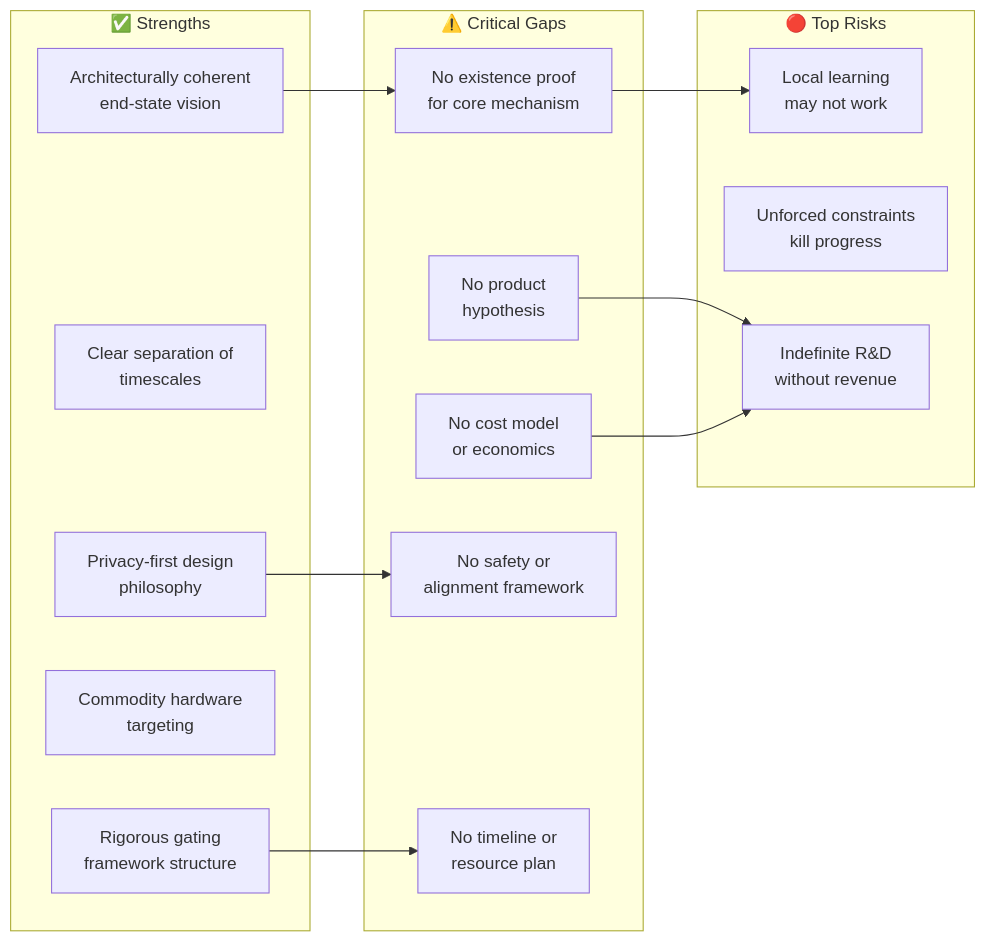
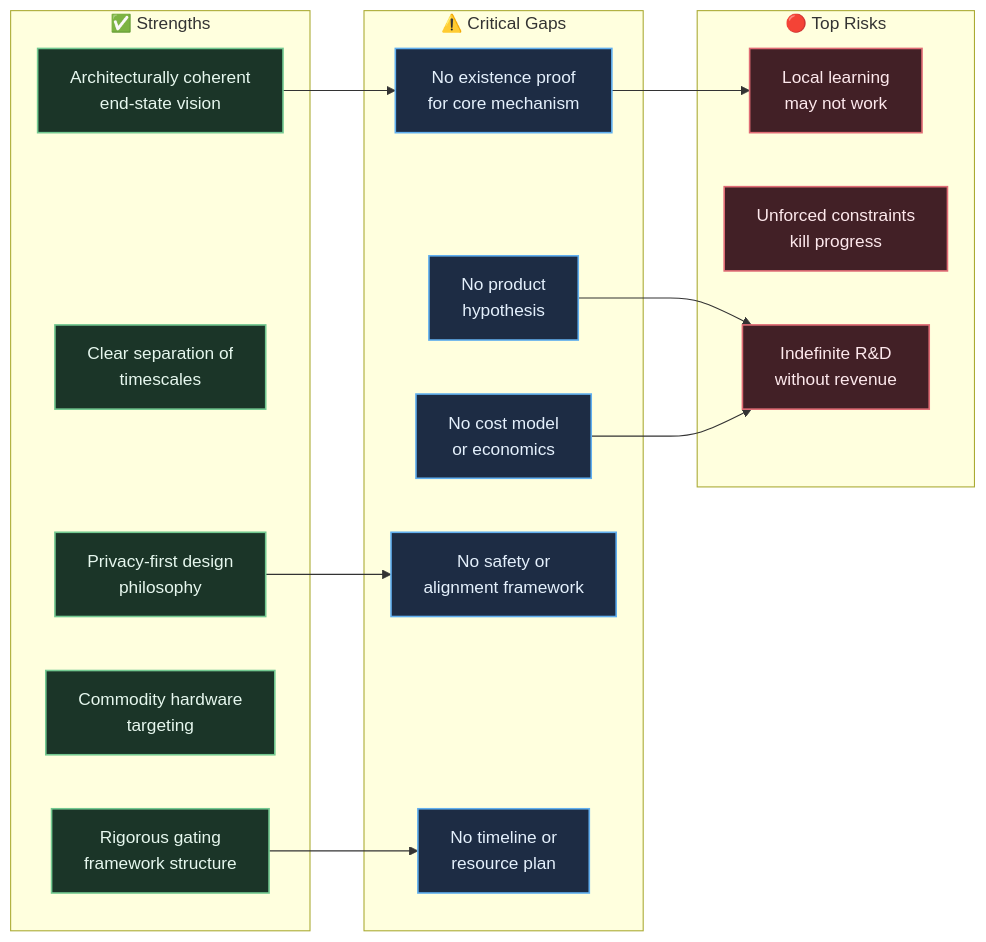
Before and after one commit to Shapedsundew9/studious-fishstick: the diagram in docs/visions/response-iv.md, drawn with Mermaid. The commit also changed other lines of this file and 27 other files, not shown here.

First line of the commit message:
Enhance vision documentation with Mermaid diagrams and improved formatting

````diff
--- a/docs/visions/response-iv.md
+++ b/docs/visions/response-iv.md
@@ -263,31 +269,64 @@
 ```mermaid
+%%{init: {
+  'theme': 'base',
+  'themeVariables': {
+    'darkMode': true,
+    'background': '#161922',
+    'mainBkg': '#1e2230',
+    'nodeBorder': '#434c5e',
+    'textColor': '#e2e8f0',
+    'fontFamily': 'ui-sans-serif, system-ui, -apple-system, BlinkMacSystemFont, "Segoe UI", Roboto, sans-serif',
+    'fontSize': '14px',
+    'lineColor': '#8892b0',
+    'primaryColor': '#422026',
+    'primaryTextColor': '#fde8ec',
+    'primaryBorderColor': '#e06c75',
+    'secondaryColor': '#1b3528',
+    'secondaryTextColor': '#e6f7ee',
+    'secondaryBorderColor': '#73c991',
+    'tertiaryColor': '#1d2c44',
+    'tertiaryTextColor': '#e4f0fc',
+    'tertiaryBorderColor': '#61afef',
+    'clusterBkg': '#13161f',
+    'clusterBorder': '#373e51',
+    'noteBkgColor': '#2e271a',
+    'noteTextColor': '#fdf4db',
+    'noteBorderColor': '#e5c07b',
+    'edgeLabelBackground': '#1a1d27'
+  }
+}}%%
 flowchart LR
+    classDef primary fill:#422026,stroke:#e06c75,stroke-width:1.5px,color:#fde8ec;
+    classDef secondary fill:#1b3528,stroke:#73c991,stroke-width:1.5px,color:#e6f7ee;
+    classDef tertiary fill:#1d2c44,stroke:#61afef,stroke-width:1.5px,color:#e4f0fc;
+    classDef note fill:#2e271a,stroke:#e5c07b,stroke-width:1.5px,color:#fdf4db;
+
     subgraph Strengths ["✅ Strengths"]
-        S1["Architecturally coherent\nend-state vision"]
-        S2["Clear separation of\ntimescales"]
-        S3["Privacy-first design\nphilosophy"]
-        S4["Commodity hardware\ntargeting"]
-        S5["Rigorous gating\nframework structure"]
+        S1["Architecturally coherent<br/>end-state vision"]:::secondary
+        S2["Clear separation of<br/>timescales"]:::secondary
+        S3["Privacy-first design<br/>philosophy"]:::secondary
+        S4["Commodity hardware<br/>targeting"]:::secondary
+        S5["Rigorous gating<br/>framework structure"]:::secondary
     end
 
     subgraph Gaps ["⚠️ Critical Gaps"]
-        G1["No existence proof\nfor core mechanism"]
-        G2["No product\nhypothesis"]
-        G3["No cost model\nor economics"]
-        G4["No safety or\nalignment framework"]
-        G5["No timeline or\nresource plan"]
+        G1["No existence proof<br/>for core mechanism"]:::tertiary
+        G2["No product<br/>hypothesis"]:::tertiary
+        G3["No cost model<br/>or economics"]:::tertiary
+        G4["No safety or<br/>alignment framework"]:::tertiary
+        G5["No timeline or<br/>resource plan"]:::tertiary
     end
 
     subgraph Risks ["🔴 Top Risks"]
-        R1["Local learning\nmay not work"]
-        R2["Unforced constraints\nkill progress"]
-        R3["Indefinite R&D\nwithout revenue"]
+        R1["Local learning<br/>may not work"]:::primary
+        R2["Unforced constraints<br/>kill progress"]:::primary
+        R3["Indefinite R&D<br/>without revenue"]:::primary
     end
 
     S1 --> G1
     S3 --> G4
     S5 --> G5
     G1 --> R1
     G2 --> R3
     G3 --> R3
 ```
````
